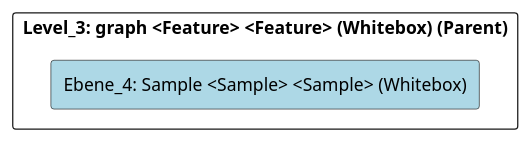
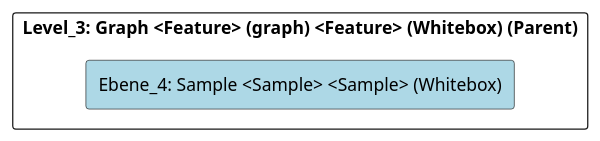
Before and after one commit to marcozwyssig/cleon: the diagram in doc/cleonproject_deliverables_architecture_model_architecture/adoc/de/05_bausteinsicht/cleon/modeling_languages/graph/sample/ebene_4_sample.adoc, drawn with PlantUML. The commit also changed other lines of this file and 166 other files, not shown here.

```diff
--- a/doc/cleonproject_deliverables_architecture_model_architecture/adoc/de/05_bausteinsicht/cleon/modeling_languages/graph/sample/ebene_4_sample.adoc
+++ b/doc/cleonproject_deliverables_architecture_model_architecture/adoc/de/05_bausteinsicht/cleon/modeling_languages/graph/sample/ebene_4_sample.adoc
@@ -20,24 +20,24 @@
 [plantuml, Ebene_4: Sample <Sample> <Sample> (Whitebox)BlockOverview, format="svg"]
 ----
 @startuml Ebene_4: Sample <Sample> <Sample> (Whitebox)BuildingBlockOverview
 
 skinparam ranksep 10
 skinparam componentStyle rectangle
 skinparam shadowing false
 skinparam arrowColor lightblue
 skinparam arrowThickness 1.2
 skinparam rectangle {
   BackgroundColor White
   BorderColor #333
   RoundCorner 10
 }
 top to bottom direction
 
-component "Level_3: graph <Feature> <Feature> (Whitebox) (Parent)" {
+component "Level_3: Graph <Feature> (graph) <Feature> (Whitebox) (Parent)" {
     component "Ebene_4: Sample <Sample> <Sample> (Whitebox)" #lightblue {
     }
 
 }
 
 @enduml
 ----
```
